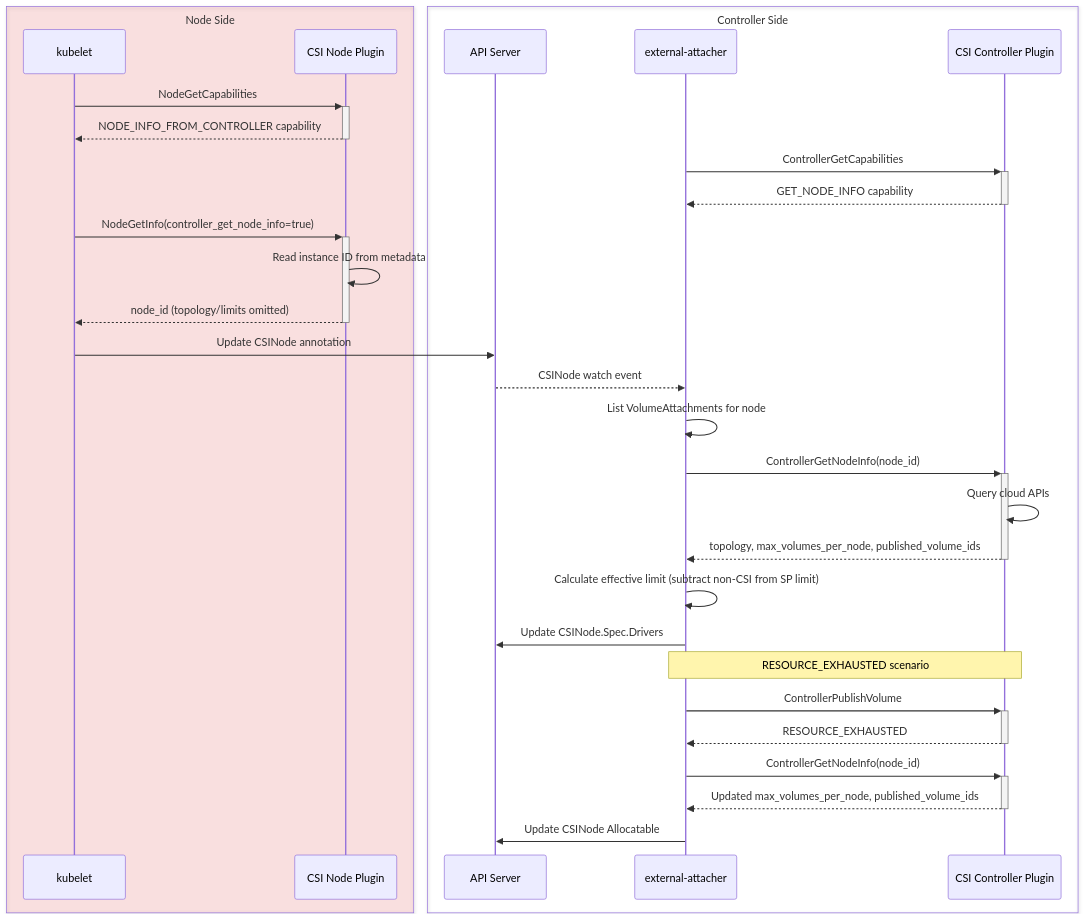
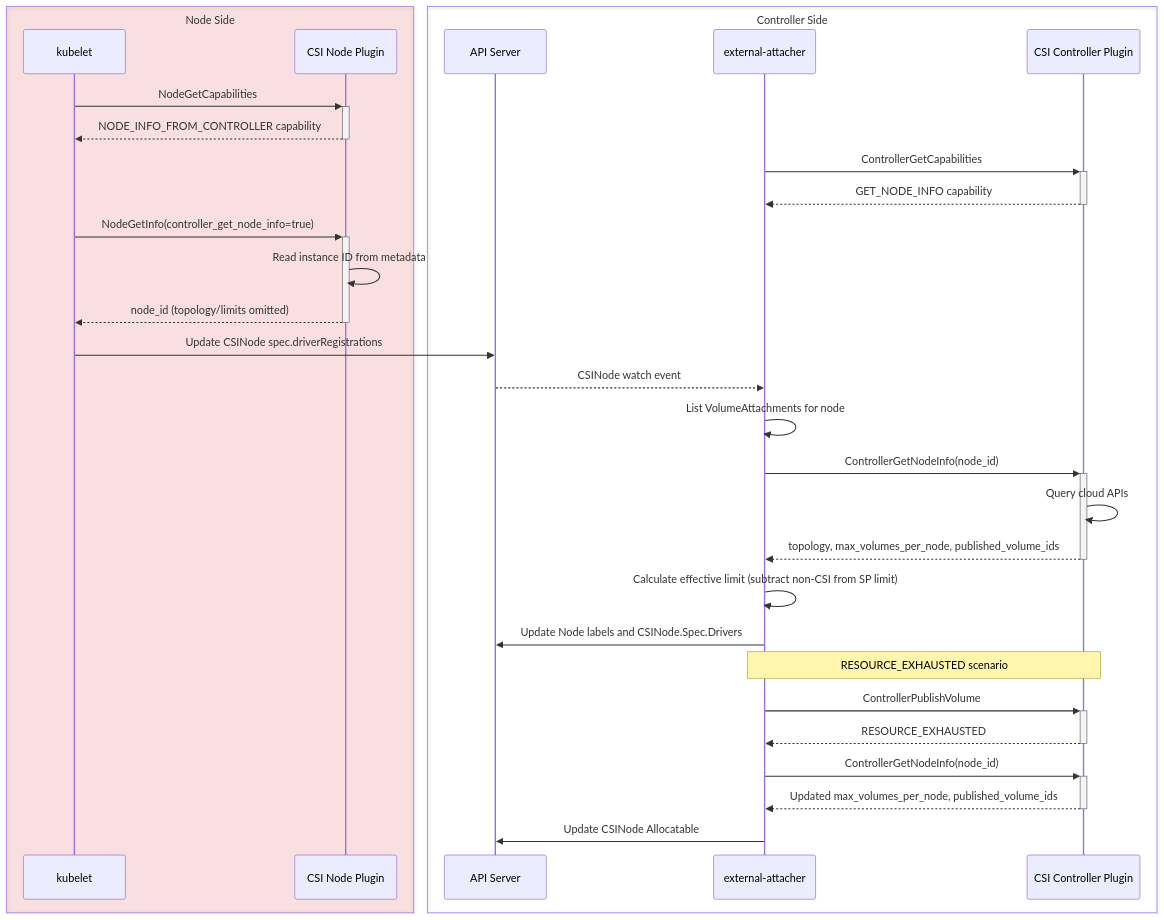
One commit to kubernetes/enhancements changed the diagram in keps/sig-storage/6011-controller-get-node-info/README.md. Above: the diagram before and after it, drawn with Mermaid. The commit also changed other lines of this file and 1 other file, not shown here.

Commit message:
replace CSINode annotation with status field

````diff
--- a/keps/sig-storage/6011-controller-get-node-info/README.md
+++ b/keps/sig-storage/6011-controller-get-node-info/README.md
@@ -364,39 +364,39 @@
 ```mermaid
 sequenceDiagram
     box rgba(255,0,0,0.1) Node Side
         participant kubelet
         participant csi-node as CSI Node Plugin
     end
     box Controller Side
         participant apiserver as API Server
         participant attacher as external-attacher
         participant csi-ctrl as CSI Controller Plugin
     end
 
     kubelet->>+csi-node: NodeGetCapabilities
     csi-node-->>-kubelet: NODE_INFO_FROM_CONTROLLER capability
 
     attacher->>+csi-ctrl: ControllerGetCapabilities
     csi-ctrl-->>-attacher: GET_NODE_INFO capability
 
     kubelet->>+csi-node: NodeGetInfo(controller_get_node_info=true)
     csi-node->>csi-node: Read instance ID from metadata
     csi-node-->>-kubelet: node_id (topology/limits omitted)
 
-    kubelet->>apiserver: Update CSINode annotation
+    kubelet->>apiserver: Update CSINode spec.driverRegistrations
     apiserver-->>attacher: CSINode watch event
 
     attacher->>attacher: List VolumeAttachments for node
     attacher->>+csi-ctrl: ControllerGetNodeInfo(node_id)
     csi-ctrl->>csi-ctrl: Query cloud APIs
     csi-ctrl-->>-attacher: topology, max_volumes_per_node, published_volume_ids
     attacher->>attacher: Calculate effective limit (subtract non-CSI from SP limit)
-    attacher->>apiserver: Update CSINode.Spec.Drivers
+    attacher->>apiserver: Update Node labels and CSINode.Spec.Drivers
 
     Note over attacher,csi-ctrl: RESOURCE_EXHAUSTED scenario
     attacher->>+csi-ctrl: ControllerPublishVolume
     csi-ctrl-->>-attacher: RESOURCE_EXHAUSTED
     attacher->>+csi-ctrl: ControllerGetNodeInfo(node_id)
     csi-ctrl-->>-attacher: Updated max_volumes_per_node, published_volume_ids
     attacher->>apiserver: Update CSINode Allocatable
 ```
````
